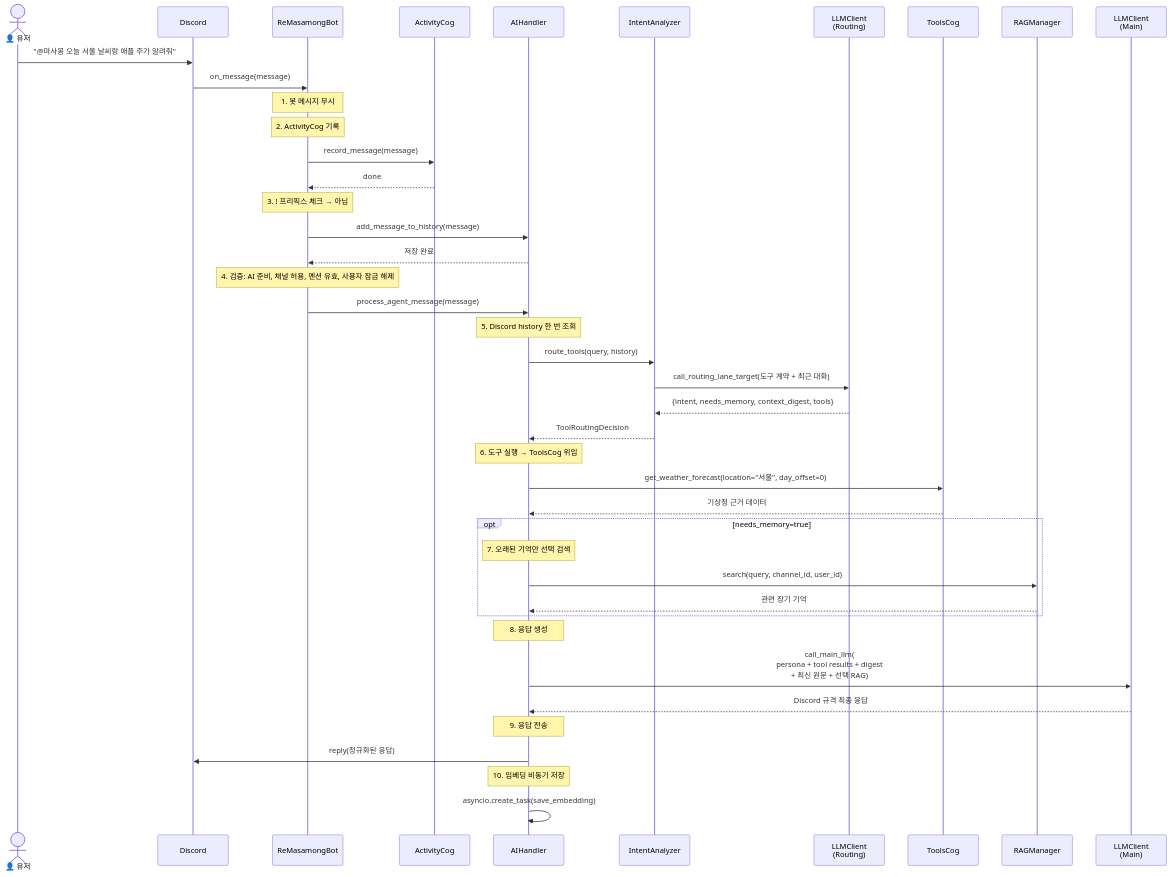
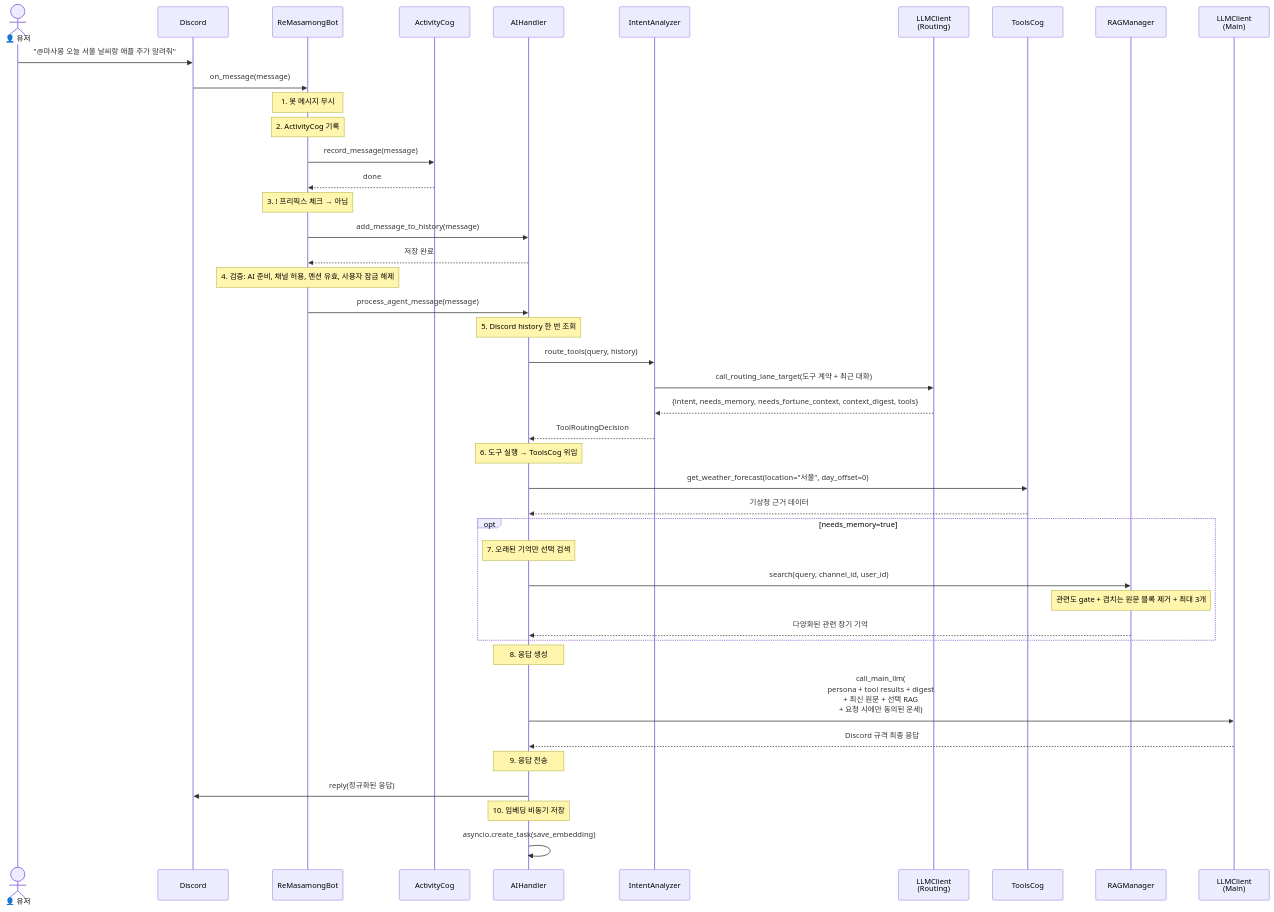
The eighth of 15 diagrams in docs/ARCHITECTURE.ko.md (kim0040/masamong), drawn with Mermaid before and after one commit. The commit also changed 13 other files, not shown here.

````diff
--- a/docs/ARCHITECTURE.ko.md
+++ b/docs/ARCHITECTURE.ko.md
@@ -324,60 +324,61 @@
 ```mermaid
 sequenceDiagram
     actor User as 👤 유저
     participant Discord as Discord
     participant Bot as ReMasamongBot
     participant Activity as ActivityCog
     participant AI as AIHandler
     participant Intent as IntentAnalyzer
     participant LLMR as LLMClient<br/>(Routing)
     participant Tools as ToolsCog
     participant RAG as RAGManager
     participant LLMM as LLMClient<br/>(Main)
 
     User->>Discord: "@마사몽 오늘 서울 날씨랑 애플 주가 알려줘"
     Discord->>Bot: on_message(message)
 
     Note over Bot: 1. 봇 메시지 무시
     Note over Bot: 2. ActivityCog 기록
 
     Bot->>Activity: record_message(message)
     Activity-->>Bot: done
 
     Note over Bot: 3. ! 프리픽스 체크 → 아님
 
     Bot->>AI: add_message_to_history(message)
     AI-->>Bot: 저장 완료
 
     Note over Bot: 4. 검증: AI 준비, 채널 허용, 멘션 유효, 사용자 잠금 해제
 
     Bot->>AI: process_agent_message(message)
 
     Note over AI: 5. Discord history 한 번 조회
     AI->>Intent: route_tools(query, history)
     Intent->>LLMR: call_routing_lane_target(도구 계약 + 최근 대화)
-    LLMR-->>Intent: {intent, needs_memory, context_digest, tools}
+    LLMR-->>Intent: {intent, needs_memory, needs_fortune_context, context_digest, tools}
     Intent-->>AI: ToolRoutingDecision
 
     Note over AI: 6. 도구 실행 → ToolsCog 위임
 
     AI->>Tools: get_weather_forecast(location="서울", day_offset=0)
     Tools-->>AI: 기상청 근거 데이터
 
     opt needs_memory=true
         Note over AI: 7. 오래된 기억만 선택 검색
         AI->>RAG: search(query, channel_id, user_id)
-        RAG-->>AI: 관련 장기 기억
+        Note over RAG: 관련도 gate + 겹치는 원문 블록 제거 + 최대 3개
+        RAG-->>AI: 다양화된 관련 장기 기억
     end
 
     Note over AI: 8. 응답 생성
 
-    AI->>LLMM: call_main_llm(<br/>persona + tool results + digest<br/>+ 최신 원문 + 선택 RAG)
+    AI->>LLMM: call_main_llm(<br/>persona + tool results + digest<br/>+ 최신 원문 + 선택 RAG<br/>+ 요청 시에만 동의된 운세)
     LLMM-->>AI: Discord 규격 최종 응답
 
     Note over AI: 9. 응답 전송
 
     AI->>Discord: reply(정규화된 응답)
 
     Note over AI: 10. 임베딩 비동기 저장
     AI->>AI: asyncio.create_task(save_embedding)
 ```
````
